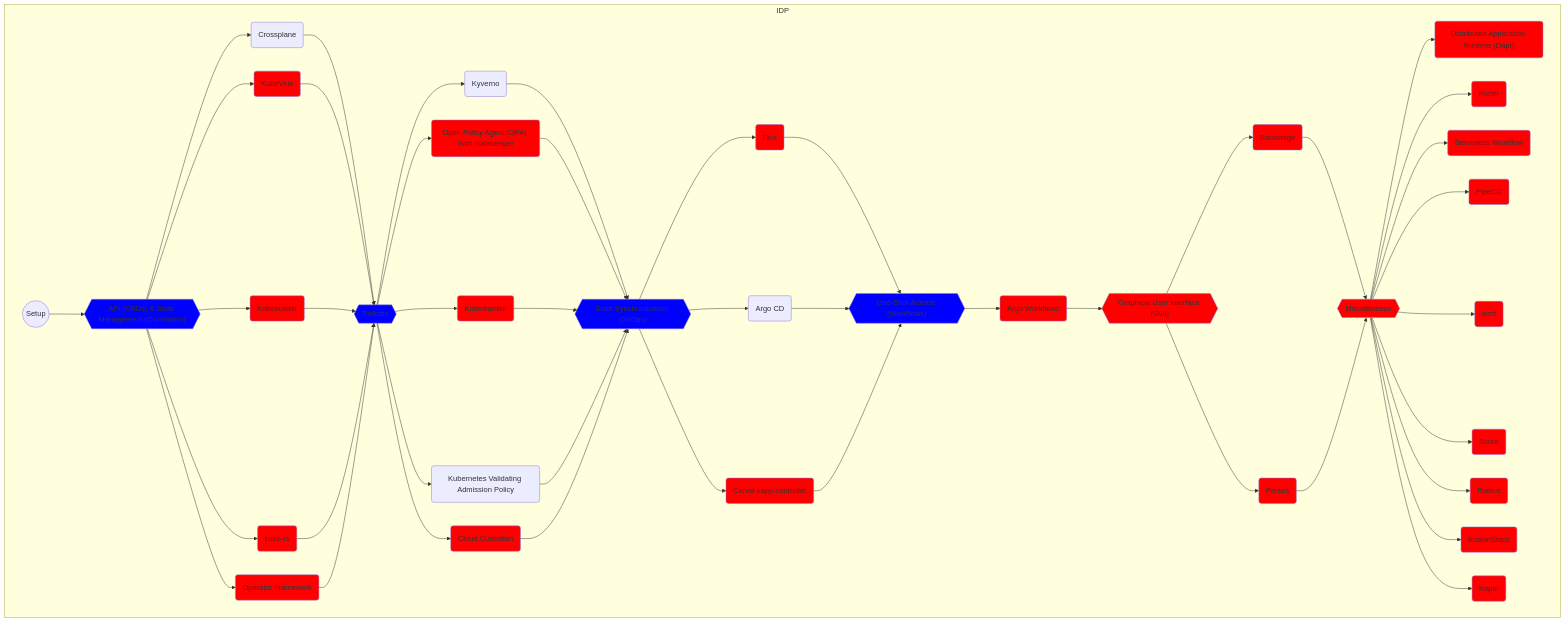
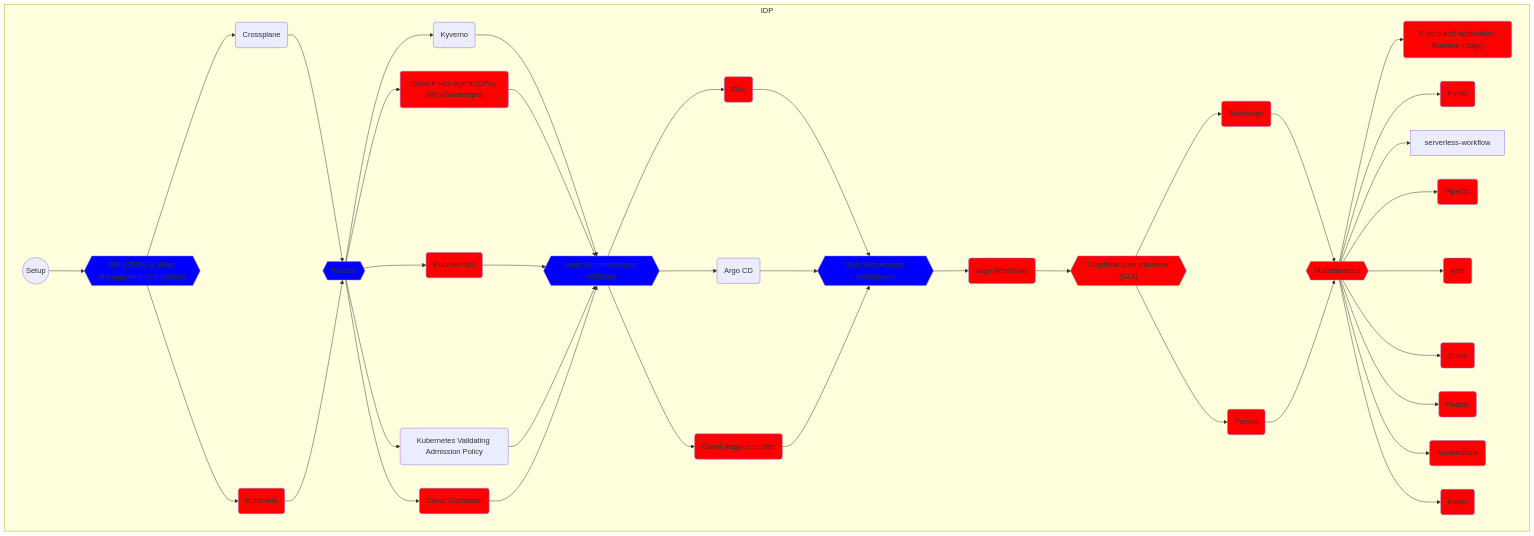
Before and after one commit to vfarcic/cncf-demo: the sixth of 11 diagrams in solution.md, drawn with Mermaid. The commit also changed other lines of this file and 1 other file, not shown here.

```diff
--- a/solution.md
+++ b/solution.md
@@ -759,13 +761,7 @@
         click crossplane "https://github.com/vfarcic/cncf-demo/blob/main/manuscript/api/crossplane.md"
         kube-vela(KubeVela)
         style kube-vela fill:red
-        kubebuilder(Kubebuilder)
-        style kubebuilder fill:red
-        kube-rs(kube-rs)
-        style kube-rs fill:red
-        operator-framework(Operator Framework)
-        style operator-framework fill:red
-        api --> crossplane & kube-vela & kubebuilder & kube-rs & operator-framework --> policies
+        api --> crossplane & kube-vela --> policies
 
         %% --------------
         %% -- Policies --
@@ -831,10 +827,12 @@
         style dapr fill:red
         porter(Porter)
         style porter fill:red
-        serverless-workflow(Serverless Workflow)
-        style serverless-workflow fill:red
         pipecd(PipeCD)
         style pipecd fill:red
+        radius(Radius)
+        style radius fill:red
+        kusion-stack(KusionStack)
+        style kusion-stack fill:red
         werf(werf)
         style werf fill:red
         score(Score)
```
